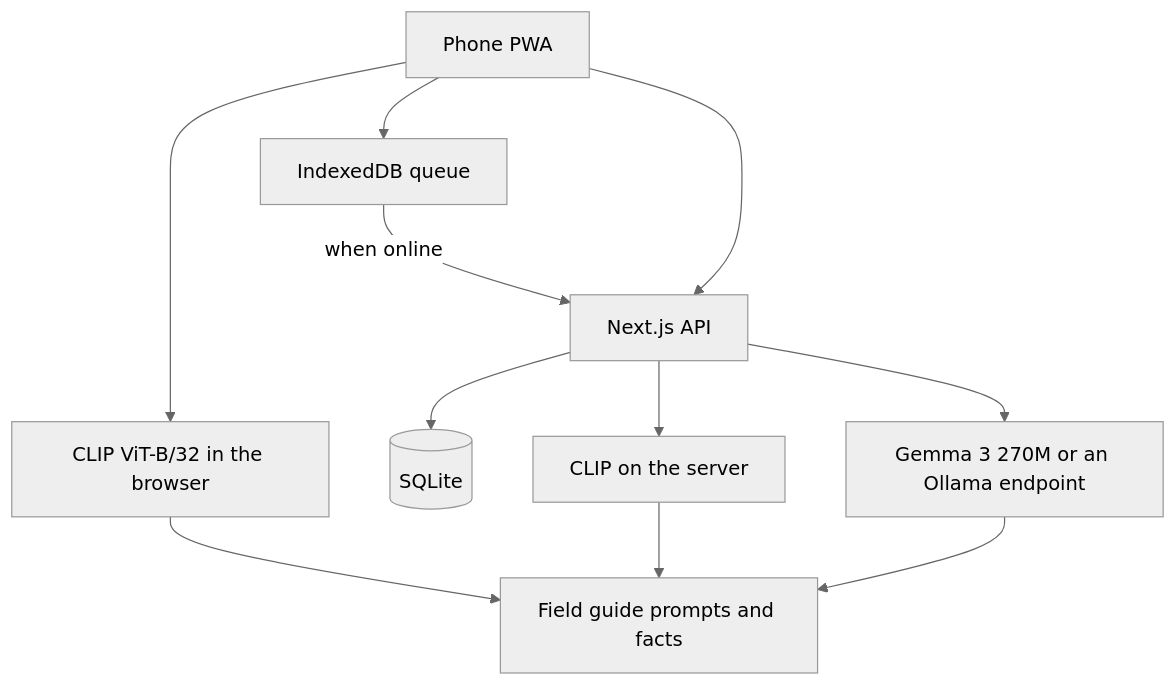
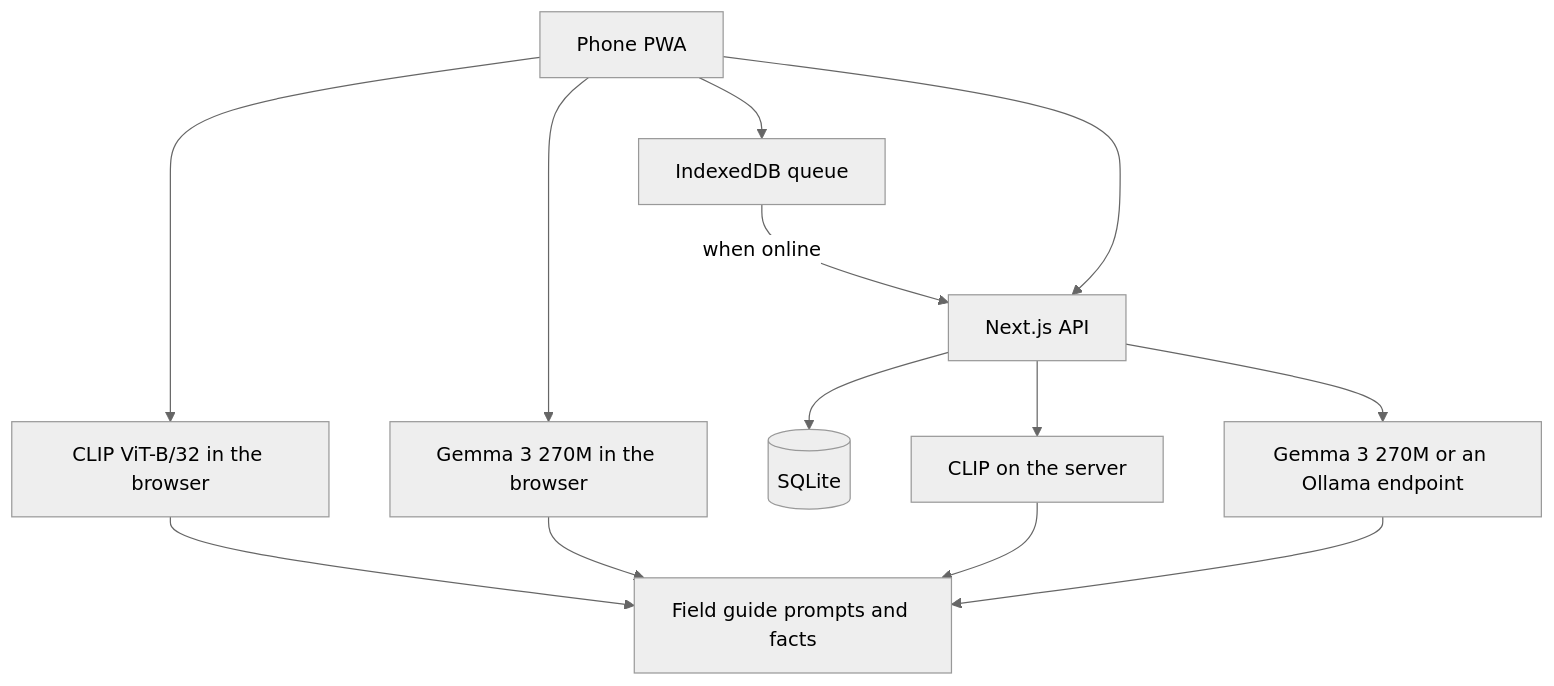
Before and after one commit to Esimuda/spotted: the diagram in README.md, drawn with Mermaid (neutral theme). The commit also changed other lines of this file and 13 other files, not shown here.

````diff
--- a/README.md
+++ b/README.md
@@ -51,22 +67,25 @@
 ```mermaid
 flowchart TD
   phone[Phone PWA]
   clipPhone[CLIP ViT-B/32 in the browser]
   guide[Field guide prompts and facts]
   idb[IndexedDB queue]
   api[Next.js API]
   sqlite[(SQLite)]
   clipServer[CLIP on the server]
+  gemmaPhone[Gemma 3 270M in the browser]
   gemma[Gemma 3 270M or an Ollama endpoint]
 
   phone --> clipPhone
   clipPhone --> guide
+  phone --> gemmaPhone
+  gemmaPhone --> guide
   phone --> idb
   idb -->|when online| api
   phone --> api
   api --> sqlite
   api --> clipServer
   clipServer --> guide
   api --> gemma
   gemma --> guide
 ```
````
